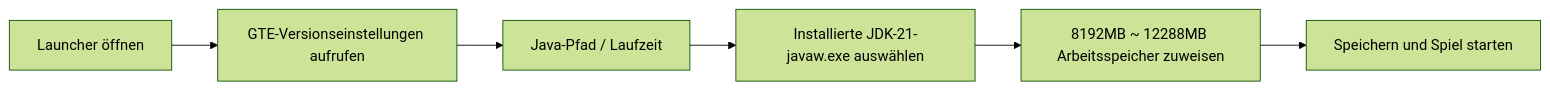
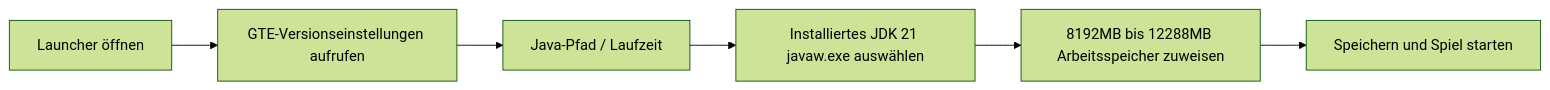
One commit to takanashisatou/GregtechEasy changed the diagram in docs/de/download-and-play/lazy-pack.md. Above: the diagram before and after it, drawn with Mermaid (forest theme). The commit also changed other lines of this file and 138 other files, not shown here.

````diff
--- a/docs/de/download-and-play/lazy-pack.md
+++ b/docs/de/download-and-play/lazy-pack.md
@@ -57,8 +57,8 @@
 ```mermaid
 graph LR
     A[Launcher öffnen] --> B[GTE-Versionseinstellungen aufrufen]
     B --> C[Java-Pfad / Laufzeit]
-    C --> D[Installierte JDK-21-javaw.exe auswählen]
-    D --> E[8192MB ~ 12288MB Arbeitsspeicher zuweisen]
+    C --> D[Installiertes JDK 21 javaw.exe auswählen]
+    D --> E[8192MB bis 12288MB Arbeitsspeicher zuweisen]
     E --> F[Speichern und Spiel starten]
 ```
````
